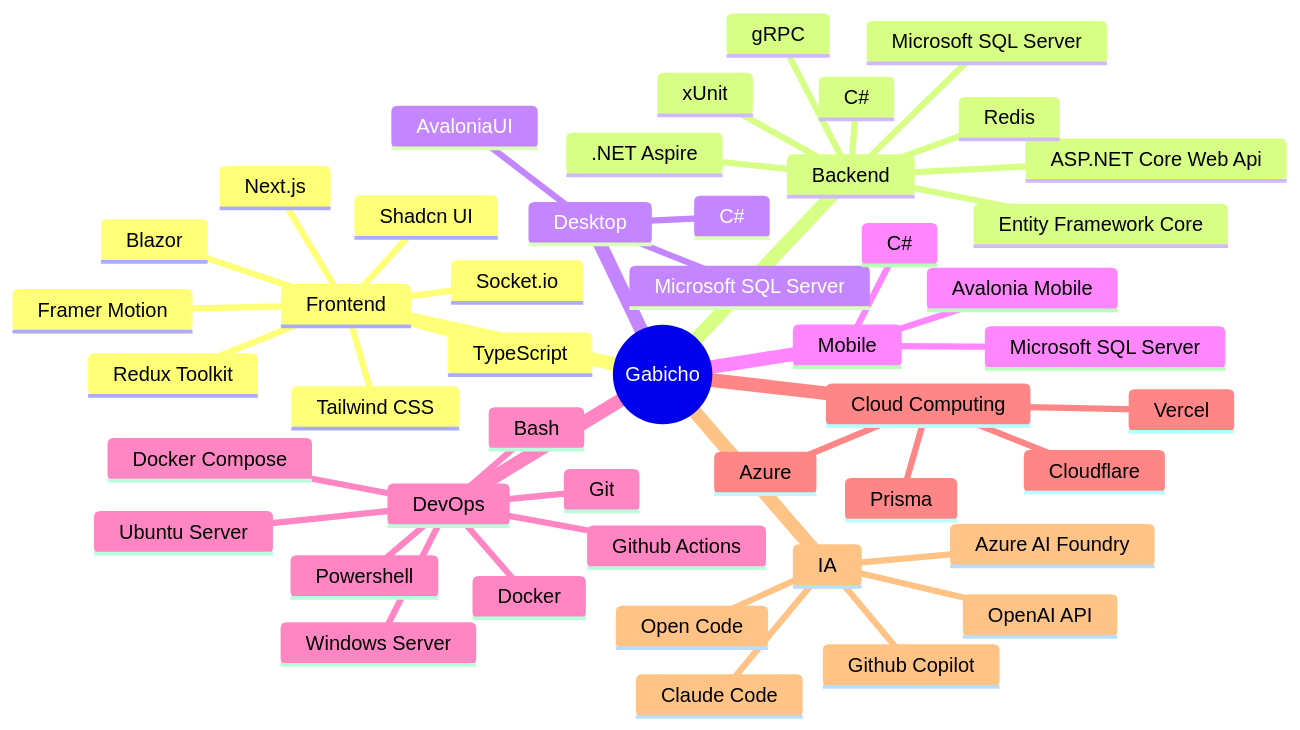
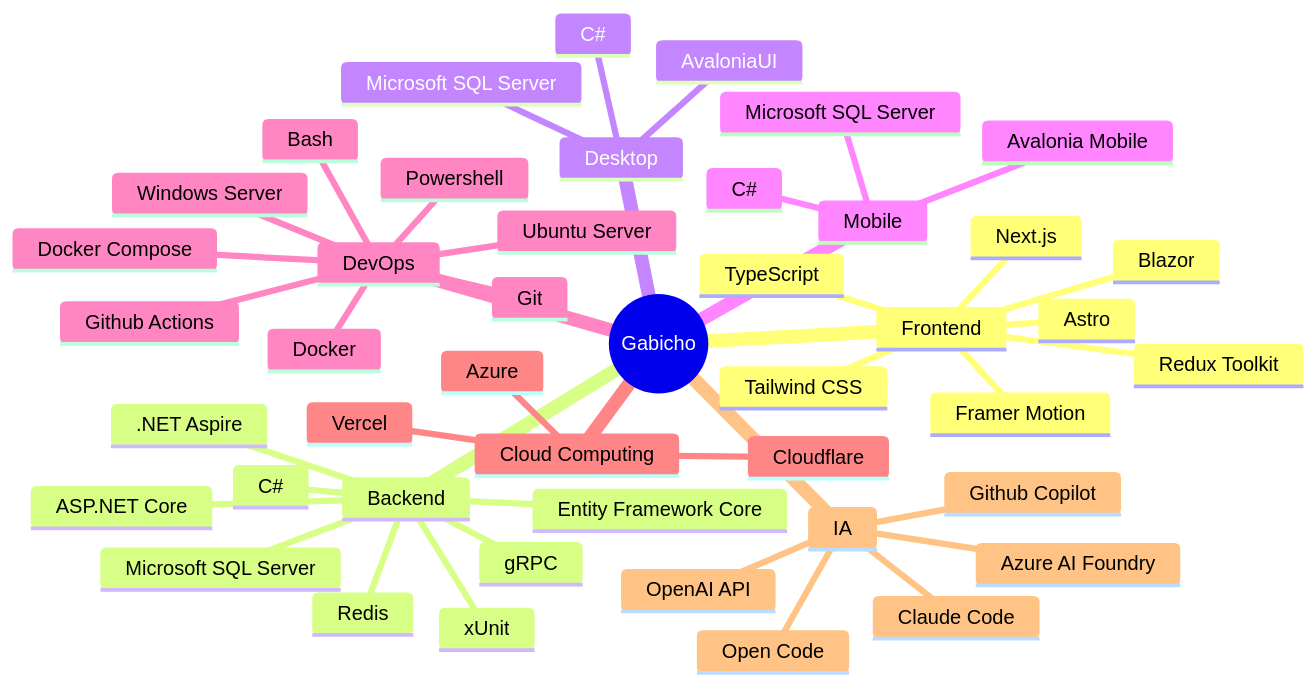
One commit to ArcGabito/ArcGabito changed the diagram in README.md. Above: the diagram before and after it, drawn with Mermaid.

Commit message:
fix: reparando mapa

````diff
--- a/README.md
+++ b/README.md
@@ -28,50 +28,48 @@
 ```mermaid
 mindmap
   root((Gabicho))
     Frontend
+      Astro
+      Blazor
       Next.js
-      Shadcn UI
       TypeScript
       Tailwind CSS
       Redux Toolkit
       Framer Motion
-      Socket.io
-      Blazor
     Backend
       C#
-      ASP.NET Core Web Api
+      ASP.NET Core
       Entity Framework Core
       Microsoft SQL Server
       .NET Aspire
       gRPC
       xUnit
       Redis
     Desktop
       C#
       AvaloniaUI
       Microsoft SQL Server
     Mobile
       C#
       Avalonia Mobile
       Microsoft SQL Server
     DevOps
       Windows Server
       Ubuntu Server
       Powershell
       Bash
       Docker
       Docker Compose
       Github Actions
       Git
     Cloud Computing
       Azure
       Cloudflare
       Vercel
-      Prisma
     IA
       Azure AI Foundry
       OpenAI API
       Github Copilot
       Open Code
       Claude Code
 ```
````
